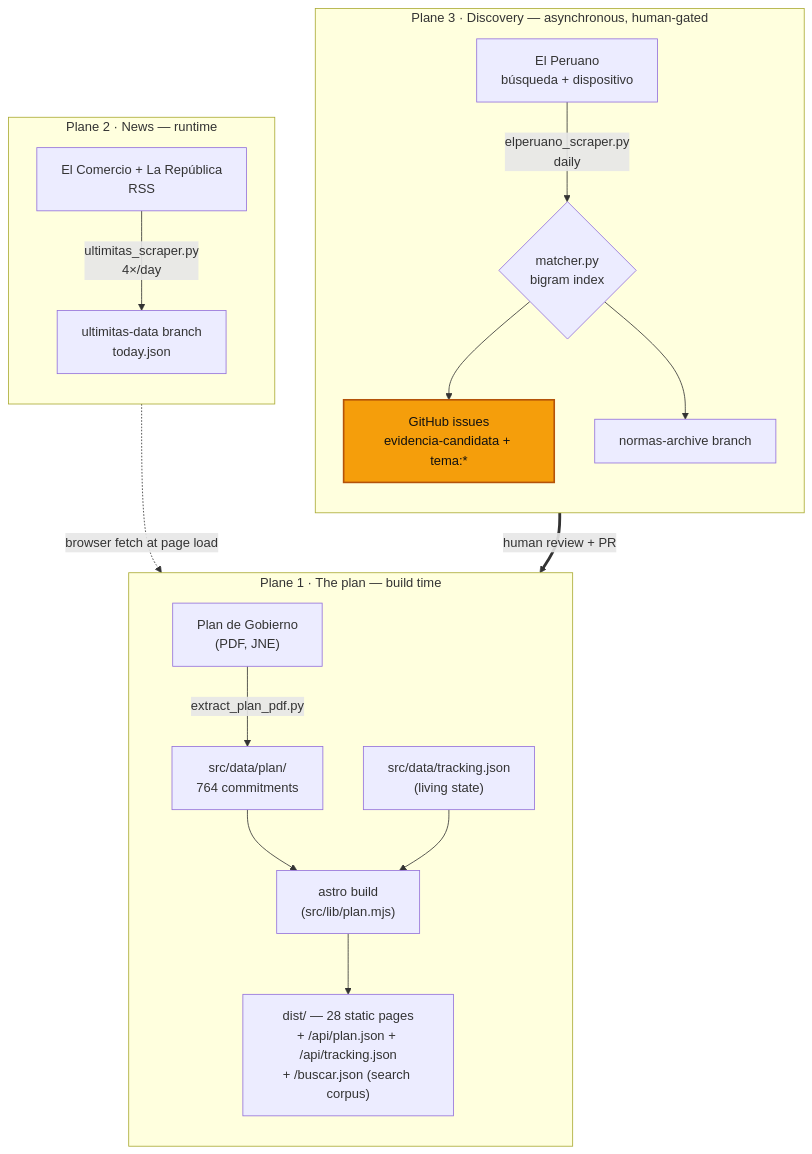
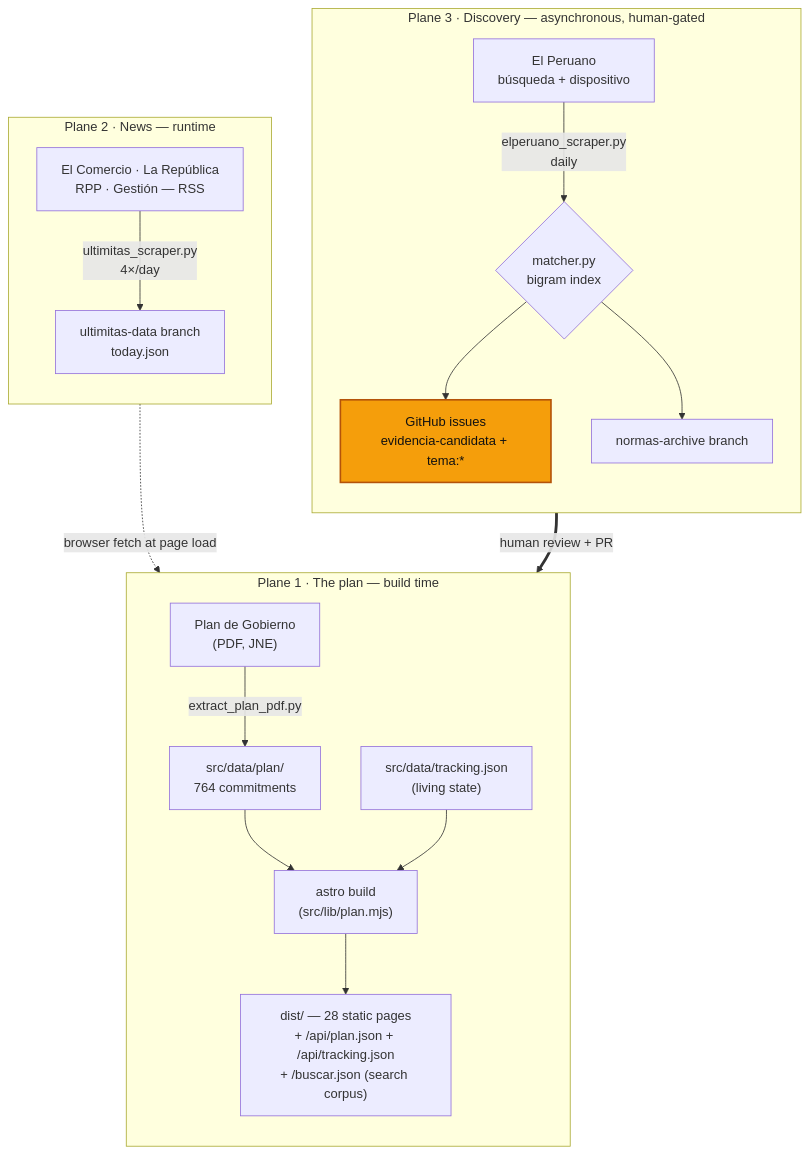
One commit to DianCotrina/keikogobierna changed the diagram in docs/ARCHITECTURE.md. Above: the diagram before and after it, drawn with Mermaid. The commit also changed other lines of this file and 7 other files, not shown here.

First line of the commit message:
feat: add RPP and Gestión to the press sources

````diff
--- a/docs/ARCHITECTURE.md
+++ b/docs/ARCHITECTURE.md
@@ -11,29 +11,29 @@
 ```mermaid
 flowchart TB
     subgraph P3["Plane 3 · Discovery — asynchronous, human-gated"]
         direction TB
         EP["El Peruano<br/>búsqueda + dispositivo"] -->|"elperuano_scraper.py<br/>daily"| MATCH{"matcher.py<br/>bigram index"}
         MATCH --> ISSUES["GitHub issues<br/>evidencia-candidata + tema:*"]
         MATCH --> ARCH["normas-archive branch"]
     end
 
     subgraph P2["Plane 2 · News — runtime"]
         direction TB
-        EC["El Comercio + La República<br/>RSS"] -->|"ultimitas_scraper.py<br/>4×/day"| UD["ultimitas-data branch<br/>today.json"]
+        EC["El Comercio · La República<br/>RPP · Gestión — RSS"] -->|"ultimitas_scraper.py<br/>4×/day"| UD["ultimitas-data branch<br/>today.json"]
     end
 
     subgraph P1["Plane 1 · The plan — build time"]
         direction TB
         PDF["Plan de Gobierno<br/>(PDF, JNE)"] -->|"extract_plan_pdf.py"| PLAN["src/data/plan/<br/>764 commitments"]
         TRACK["src/data/tracking.json<br/>(living state)"]
         PLAN --> BUILD["astro build<br/>(src/lib/plan.mjs)"]
         TRACK --> BUILD
         BUILD --> DIST["dist/ — 28 static pages<br/>+ /api/plan.json + /api/tracking.json<br/>+ /buscar.json (search corpus)"]
     end
 
     ISSUES ==>|"human review + PR"| TRACK
     UD -.->|"browser fetch at page load"| DIST
 
     classDef human fill:#f59e0b,stroke:#b45309,stroke-width:2px,color:#111
     class ISSUES human
 ```
````
